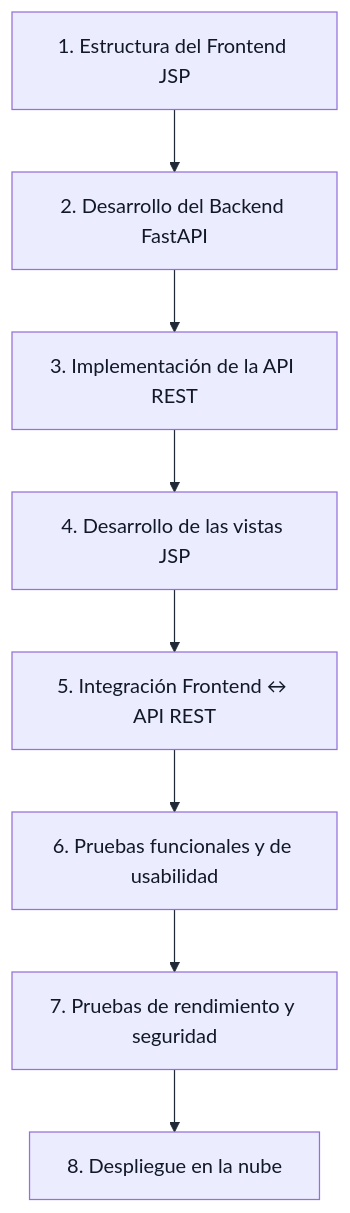
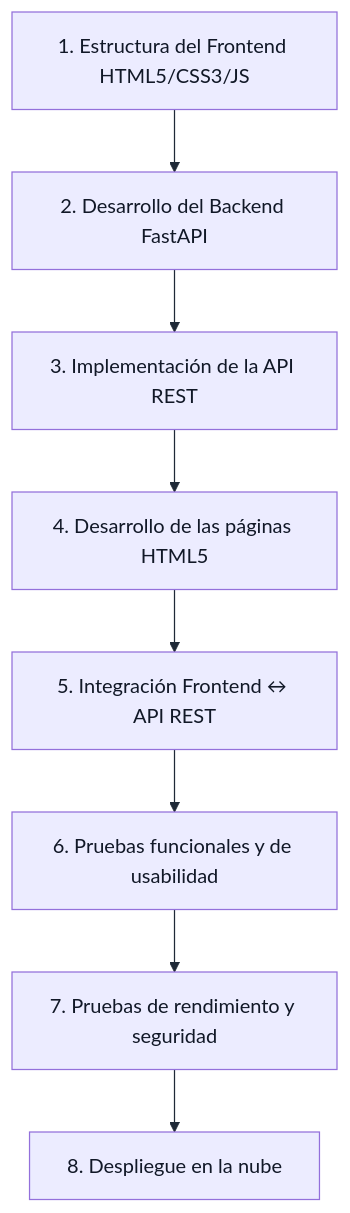
Before and after one commit to Darksam03/RuralConecta-ProyectoWeb: the eighth of 8 diagrams in docs/arquitectura/estructura-frontend.md, drawn with Mermaid. The commit also changed other lines of this file and 3 other files, not shown here.

````diff
--- a/docs/arquitectura/estructura-frontend.md
+++ b/docs/arquitectura/estructura-frontend.md
@@ -741,11 +691,11 @@
 ```mermaid
 %%{init: {'themeVariables': {'textColor':'#111827','primaryTextColor':'#111827','primaryColor':'#eef2f7','primaryBorderColor':'#1f2937','lineColor':'#1f2937','secondaryColor':'#eef2f7','tertiaryColor':'#f3f4f6','edgeLabelBackground':'#ffffff'}}}%%
 flowchart TD
-    S1["1. Estructura del Frontend JSP"] --> S2["2. Desarrollo del Backend FastAPI"]
+    S1["1. Estructura del Frontend HTML5/CSS3/JS"] --> S2["2. Desarrollo del Backend FastAPI"]
     S2 --> S3["3. Implementación de la API REST"]
-    S3 --> S4["4. Desarrollo de las vistas JSP"]
+    S3 --> S4["4. Desarrollo de las páginas HTML5"]
     S4 --> S5["5. Integración Frontend ↔ API REST"]
     S5 --> S6["6. Pruebas funcionales y de usabilidad"]
     S6 --> S7["7. Pruebas de rendimiento y seguridad"]
     S7 --> S8["8. Despliegue en la nube"]
 ```
````
